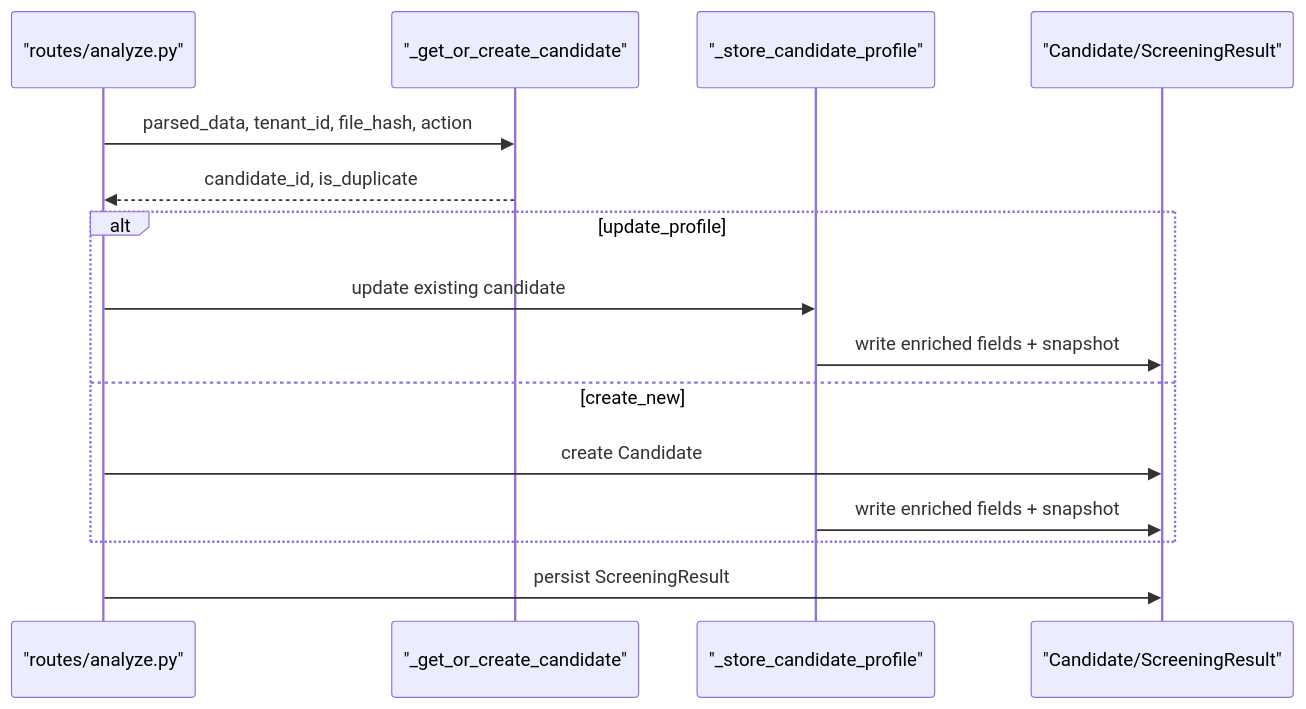
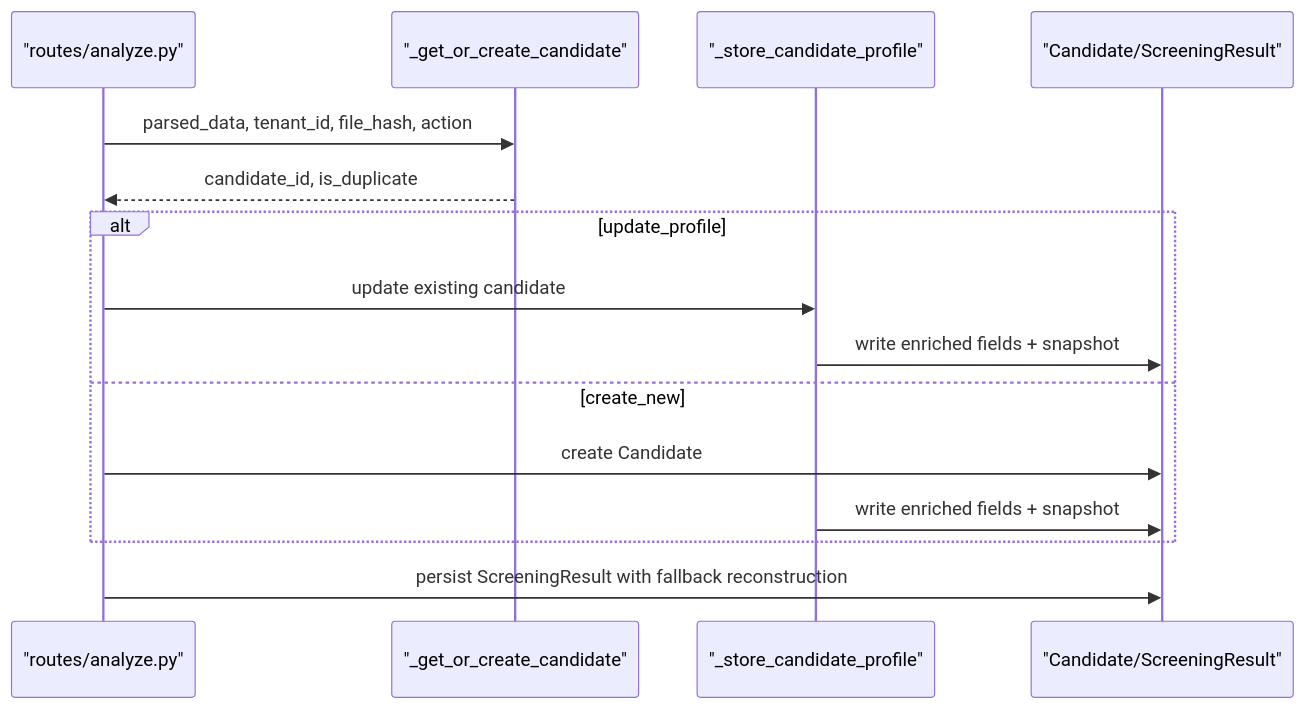
Before and after one commit to Revanththetalogics/aireume: the fifth of 10 diagrams in .qoder/repowiki/en/content/Candidate Management/Candidate Profile Storage.md, drawn with Mermaid. The commit also changed other lines of this file and 4 other files, not shown here.

````diff
--- a/.qoder/repowiki/en/content/Candidate Management/Candidate Profile Storage.md
+++ b/.qoder/repowiki/en/content/Candidate Management/Candidate Profile Storage.md
@@ -271,17 +272,17 @@
 ```mermaid
 sequenceDiagram
 participant Route as "routes/analyze.py"
 participant Dedup as "_get_or_create_candidate"
 participant Store as "_store_candidate_profile"
 participant DB as "Candidate/ScreeningResult"
 Route->>Dedup : parsed_data, tenant_id, file_hash, action
 Dedup-->>Route : candidate_id, is_duplicate
 alt update_profile
 Route->>Store : update existing candidate
 Store->>DB : write enriched fields + snapshot
 else create_new
 Route->>DB : create Candidate
 Store->>DB : write enriched fields + snapshot
 end
-Route->>DB : persist ScreeningResult
+Route->>DB : persist ScreeningResult with fallback reconstruction
 ```
````
